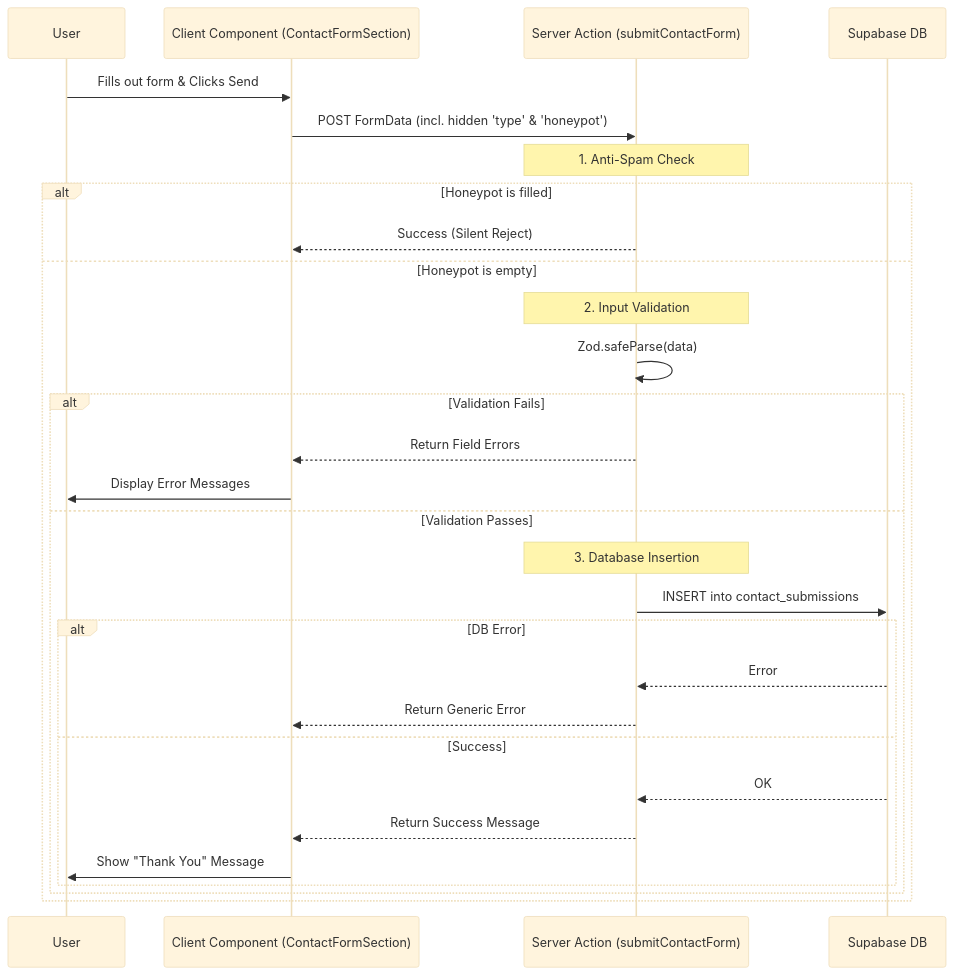
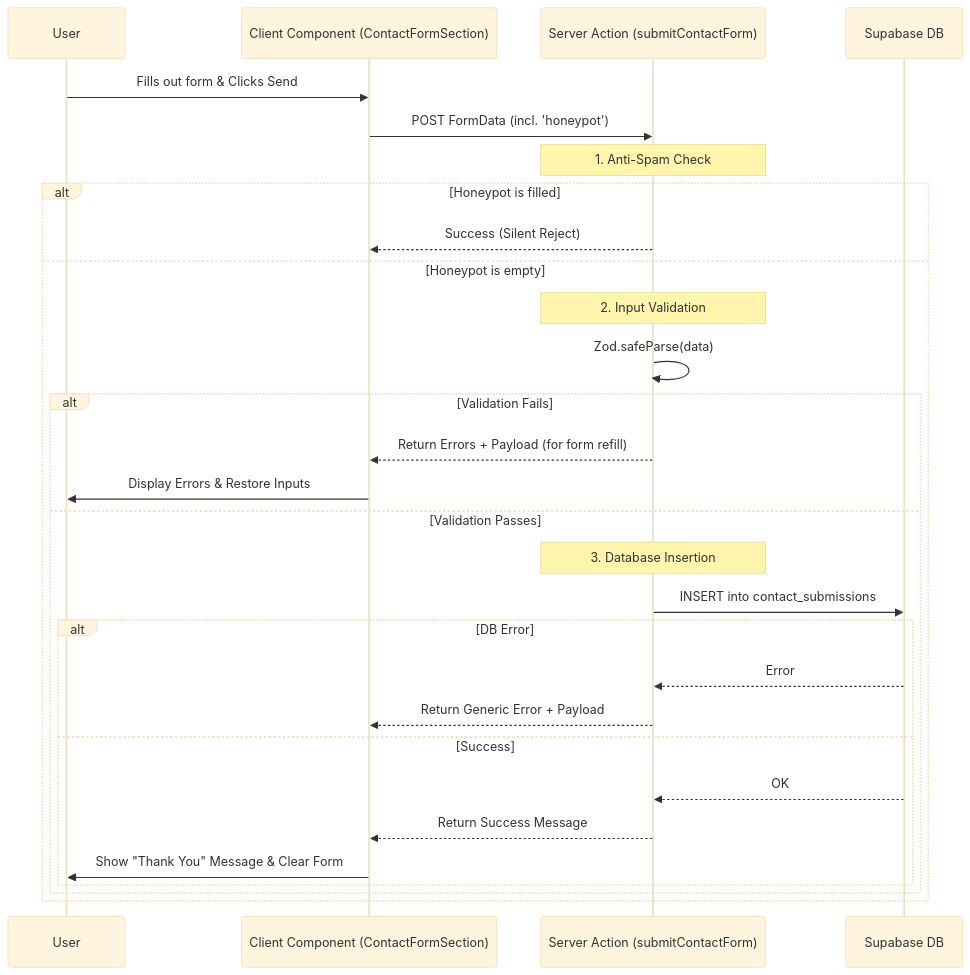
Before and after one commit to watto-admin/watto: the second of 2 diagrams in docs/CONTACT_FORM_IMPLEMENTATION.md, drawn with Mermaid (base theme). The commit also changed other lines of this file and 5 other files, not shown here.

Commit message:
feat: streamline contact form to a unified submission process; update validation and schema

````diff
--- a/docs/CONTACT_FORM_IMPLEMENTATION.md
+++ b/docs/CONTACT_FORM_IMPLEMENTATION.md
@@ -38,35 +35,35 @@
 ```mermaid
 sequenceDiagram
     participant U as User
     participant C as Client Component (ContactFormSection)
     participant S as Server Action (submitContactForm)
     participant DB as Supabase DB
 
     U->>C: Fills out form & Clicks Send
-    C->>S: POST FormData (incl. hidden 'type' & 'honeypot')
+    C->>S: POST FormData (incl. 'honeypot')
     
     Note over S: 1. Anti-Spam Check
     alt Honeypot is filled
         S-->>C: Success (Silent Reject)
     else Honeypot is empty
         Note over S: 2. Input Validation
         S->>S: Zod.safeParse(data)
         
         alt Validation Fails
-            S-->>C: Return Field Errors
-            C->>U: Display Error Messages
+            S-->>C: Return Errors + Payload (for form refill)
+            C->>U: Display Errors & Restore Inputs
         else Validation Passes
             Note over S: 3. Database Insertion
             S->>DB: INSERT into contact_submissions
             
             alt DB Error
                 DB-->>S: Error
-                S-->>C: Return Generic Error
+                S-->>C: Return Generic Error + Payload
             else Success
                 DB-->>S: OK
                 S-->>C: Return Success Message
-                C->>U: Show "Thank You" Message
+                C->>U: Show "Thank You" Message & Clear Form
             end
         end
     end
 ```
````
